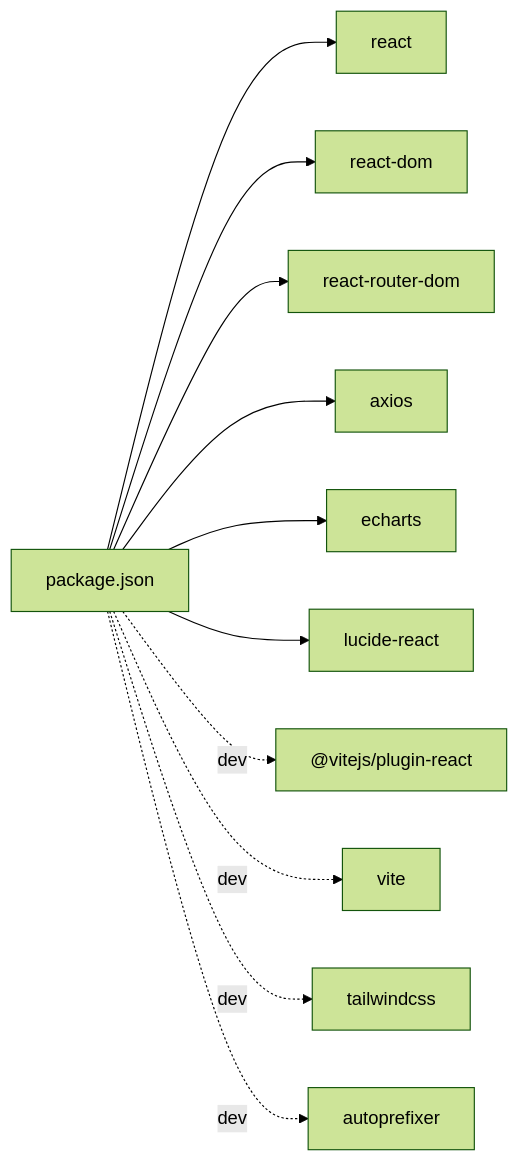
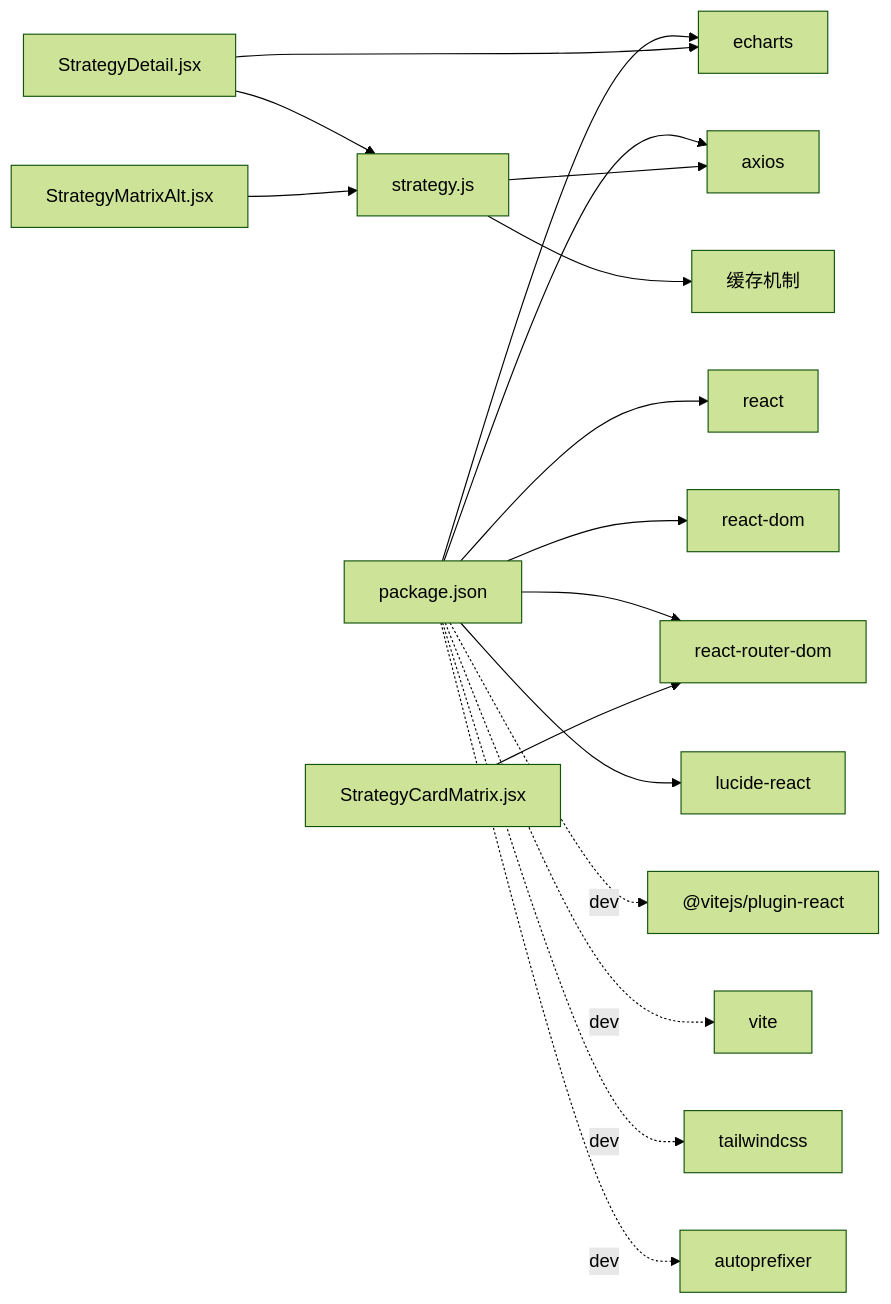
Before and after one commit to zyf266/ending: the tenth of 10 diagrams in .qoder/repowiki/zh/content/前端应用架构/前端应用架构.md, drawn with Mermaid (forest theme). The commit also changed other lines of this file and 40 other files, not shown here.

````diff
--- a/.qoder/repowiki/zh/content/前端应用架构/前端应用架构.md
+++ b/.qoder/repowiki/zh/content/前端应用架构/前端应用架构.md
@@ -357,13 +511,19 @@
 ```mermaid
 graph LR
 P["package.json"] --> R["react"]
 P --> RD["react-dom"]
 P --> RR["react-router-dom"]
 P --> AX["axios"]
 P --> EC["echarts"]
 P --> LC["lucide-react"]
 P -. dev .-> VR["@vitejs/plugin-react"]
 P -. dev .-> VT["vite"]
 P -. dev .-> TT["tailwindcss"]
 P -. dev .-> AP["autoprefixer"]
+STR["strategy.js"] --> AX
+STR --> CACHE["缓存机制"]
+SD["StrategyDetail.jsx"] --> EC
+SD --> STR
+SM["StrategyMatrixAlt.jsx"] --> STR
+SCM["StrategyCardMatrix.jsx"] --> RR
 ```
````
